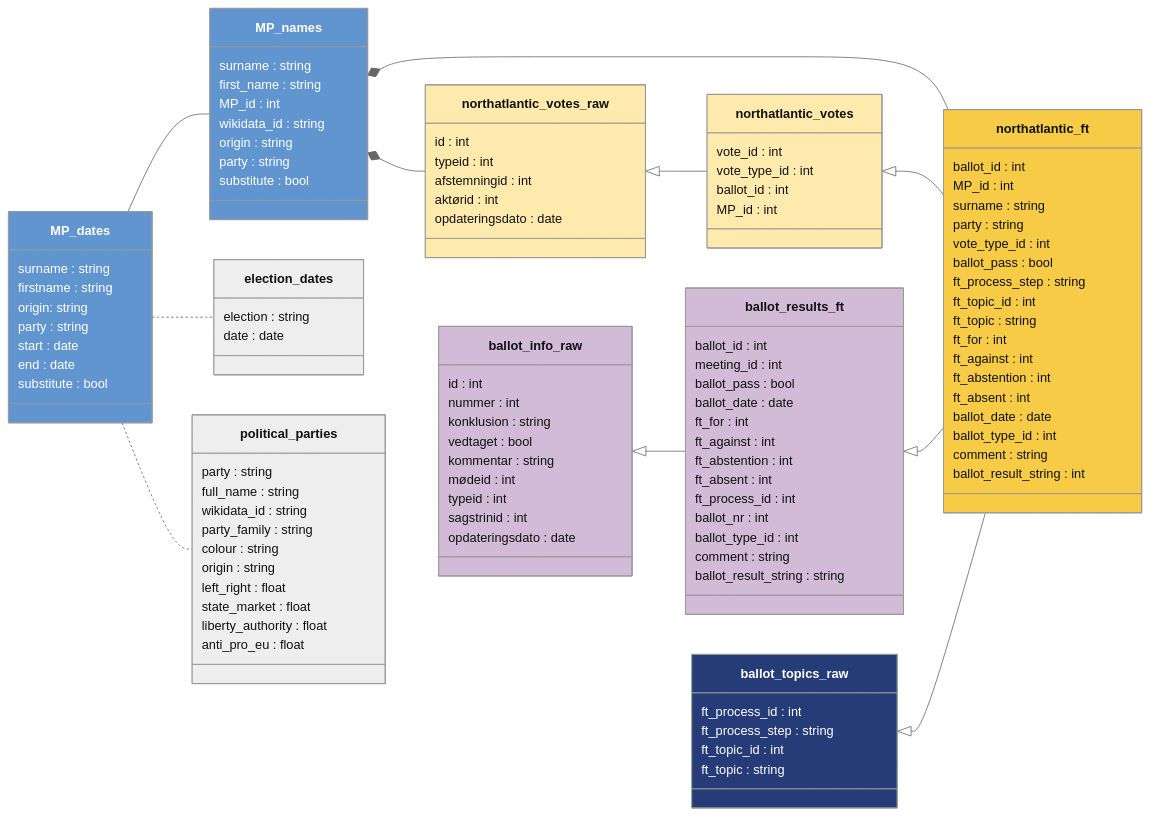
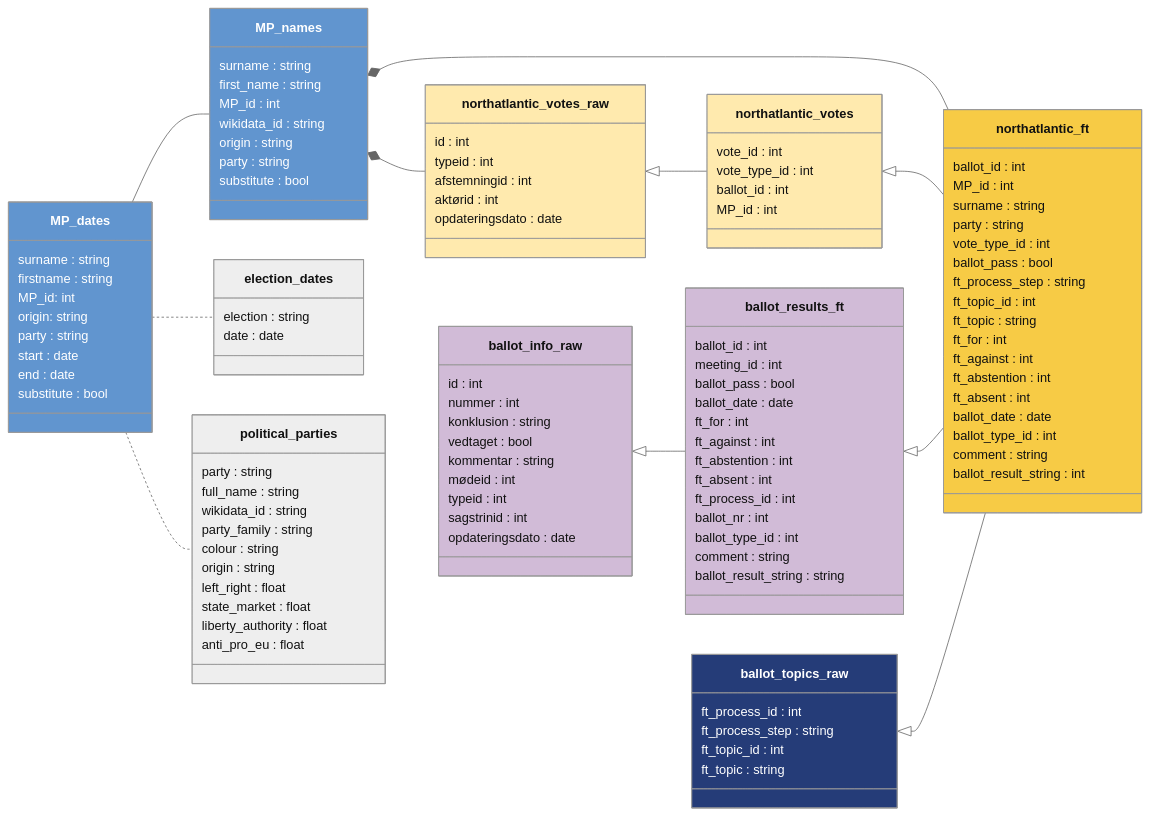
Before and after one commit to mtwente/nordatlantisk-ft: the diagram in docs/codebook.qmd, drawn with Mermaid (neutral theme).

Commit message:
fix: add MP_id to data model figure

```diff
--- a/docs/codebook.qmd
+++ b/docs/codebook.qmd
@@ -148,6 +148,7 @@
         class MP_dates {
         surname : string
         firstname : string
+        MP_id: int
         origin: string
         party : string
         start : date
```
